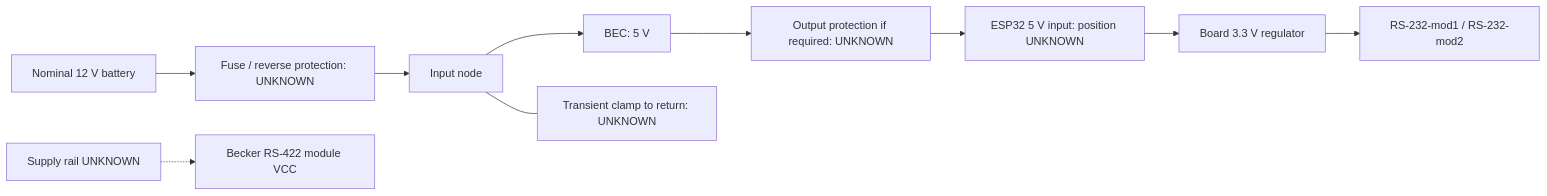
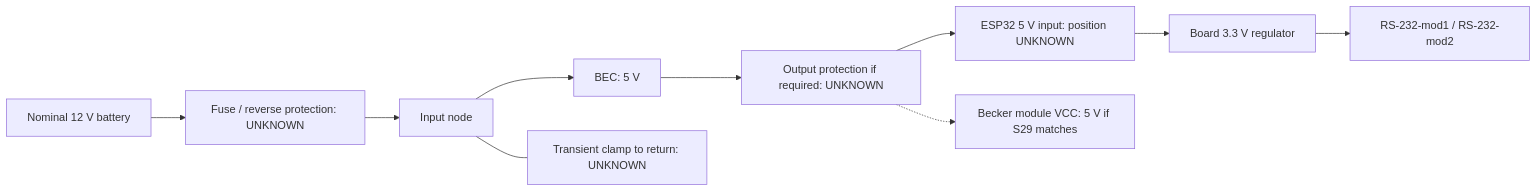
The second of 2 diagrams in docs/connections.md (MomoRC-tech/Becker-AR6201-to-OpenSoar), drawn with Mermaid before and after one commit. The commit also changed other lines of this file and 5 other files, not shown here.

First line of the commit message:
docs: record supplied RS-422 module schematic

````diff
--- a/docs/connections.md
+++ b/docs/connections.md
@@ -152,10 +152,10 @@
 ```mermaid
 flowchart LR
     S["Nominal 12 V battery"] --> P["Fuse / reverse protection: UNKNOWN"]
     P --> I[Input node] --> B["BEC: 5 V"]
     I --- T["Transient clamp to return: UNKNOWN"]
     B --> V["Output protection if required: UNKNOWN"] --> E["ESP32 5 V input: position UNKNOWN"]
     E --> R[Board 3.3 V regulator]
     R --> C["RS-232-mod1 / RS-232-mod2"]
-    U["Supply rail UNKNOWN"] -.-> Q["Becker RS-422 module VCC"]
+    V -.-> Q["Becker module VCC: 5 V if S29 matches"]
 ```
````
